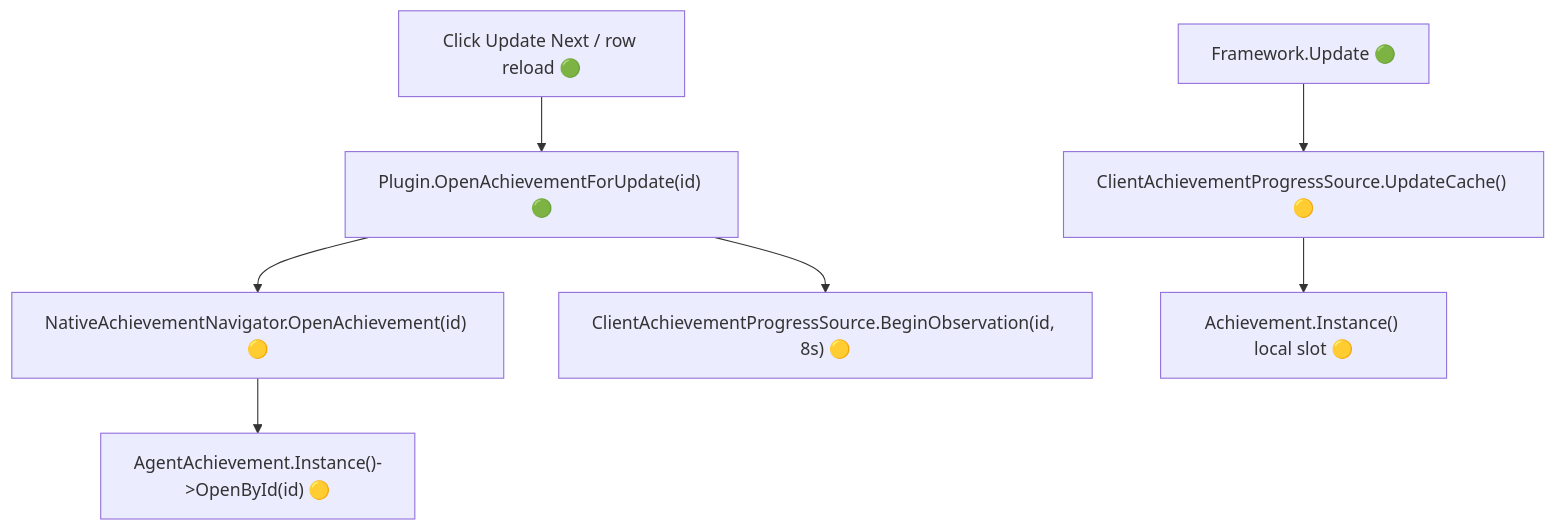
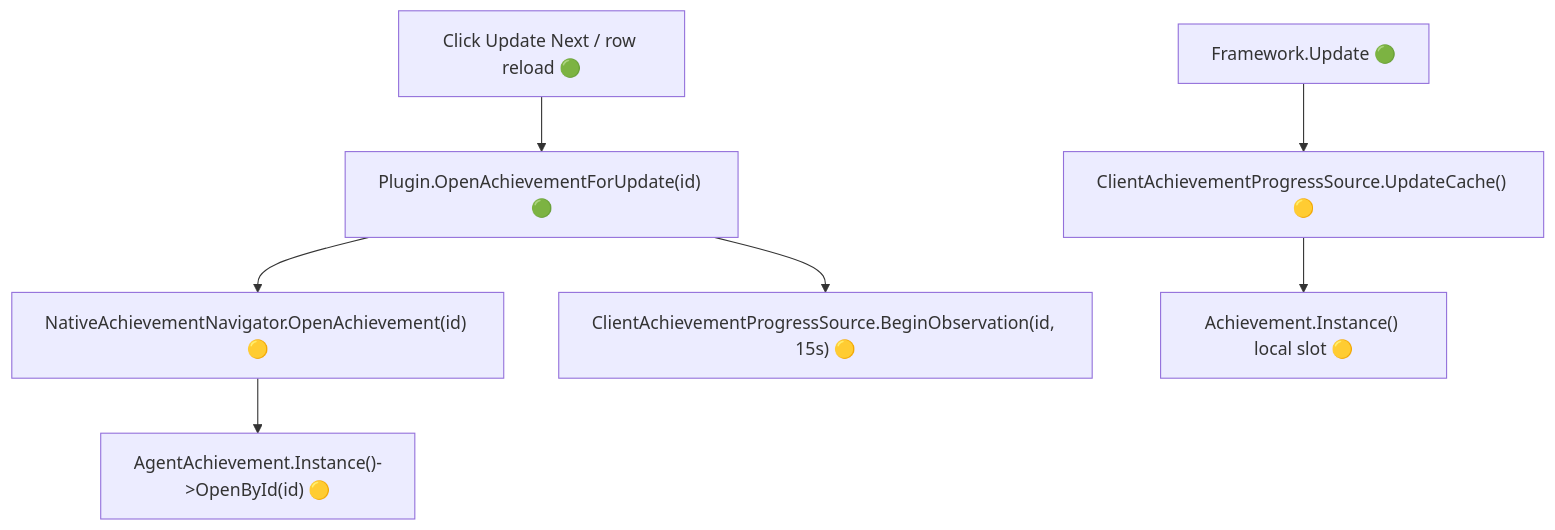
One commit to vauxra/veelas-achievement-ledger changed the second of 5 diagrams in wiki-export/Dalamud-layer-model.md. Above: the diagram before and after it, drawn with Mermaid. The commit also changed other lines of this file and 29 other files, not shown here.

````diff
--- a/wiki-export/Dalamud-layer-model.md
+++ b/wiki-export/Dalamud-layer-model.md
@@ -65,9 +65,9 @@
 ```mermaid
 flowchart TB
     A["Click Update Next / row reload 🟢"] --> B["Plugin.OpenAchievementForUpdate(id) 🟢"]
     B --> C["NativeAchievementNavigator.OpenAchievement(id) 🟡"]
     C --> D["AgentAchievement.Instance()->OpenById(id) 🟡"]
-    B --> E["ClientAchievementProgressSource.BeginObservation(id, 8s) 🟡"]
+    B --> E["ClientAchievementProgressSource.BeginObservation(id, 15s) 🟡"]
     F["Framework.Update 🟢"] --> G["ClientAchievementProgressSource.UpdateCache() 🟡"]
     G --> H["Achievement.Instance() local slot 🟡"]
 ```
````
